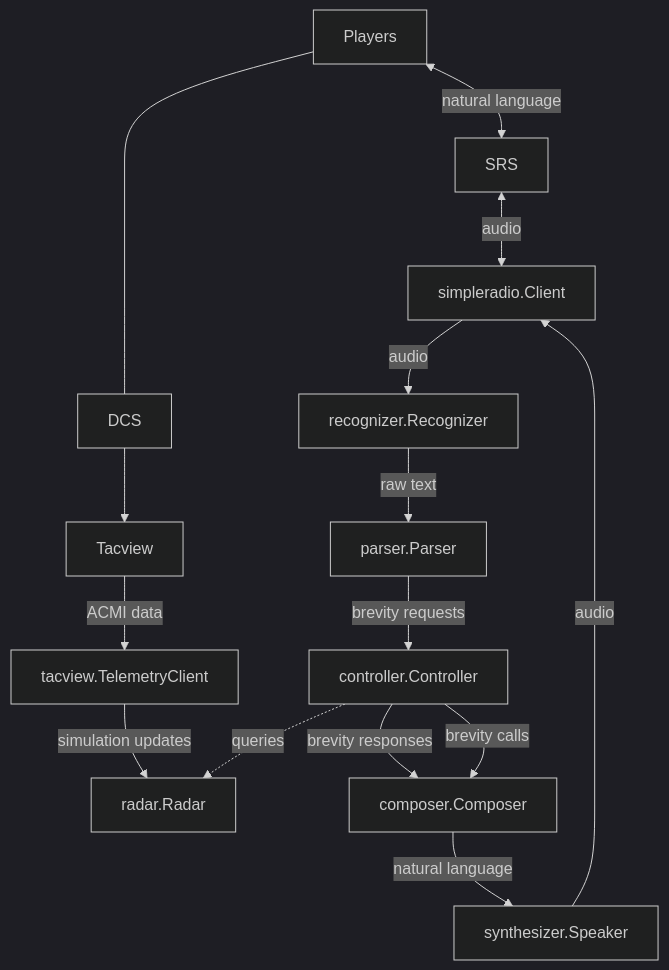
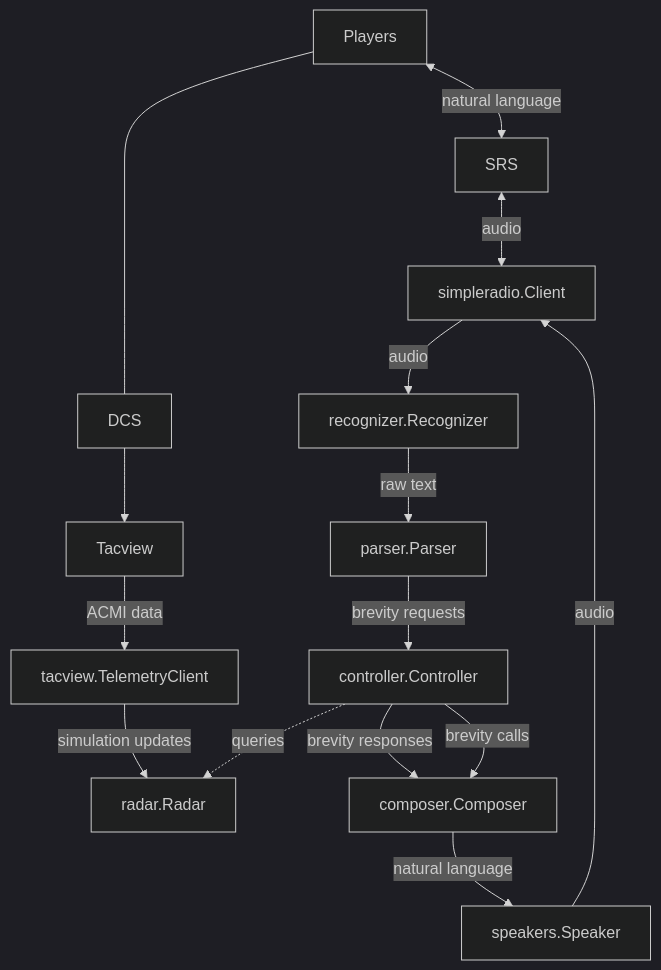
The diagram in docs/CONTRIBUTING.md (dharmab/skyeye), drawn with Mermaid (dark theme) before and after one commit. The commit also changed 27 other files, not shown here.

````diff
--- a/docs/CONTRIBUTING.md
+++ b/docs/CONTRIBUTING.md
@@ -153,11 +153,11 @@
 ```mermaid
 flowchart TD
     Players --- DCS
     Players <-->|natural language| SRS
     SRS <-->|audio| simpleradio.Client -->|audio| recognizer.Recognizer -->|raw text| parser.Parser-->|brevity requests| controller.Controller
     DCS --> Tacview -->|ACMI data| tacview.TelemetryClient -->|simulation updates| radar.Radar
     controller.Controller .->|queries| radar.Radar 
     controller.Controller -->|brevity responses| composer.Composer
     controller.Controller -->|brevity calls| composer.Composer
-    composer.Composer -->|natural language| synthesizer.Speaker -->|audio| simpleradio.Client
+    composer.Composer -->|natural language| speakers.Speaker -->|audio| simpleradio.Client
 ```
````
